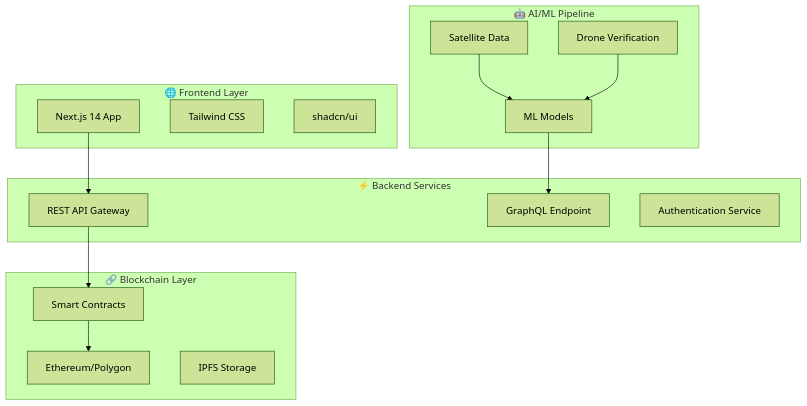
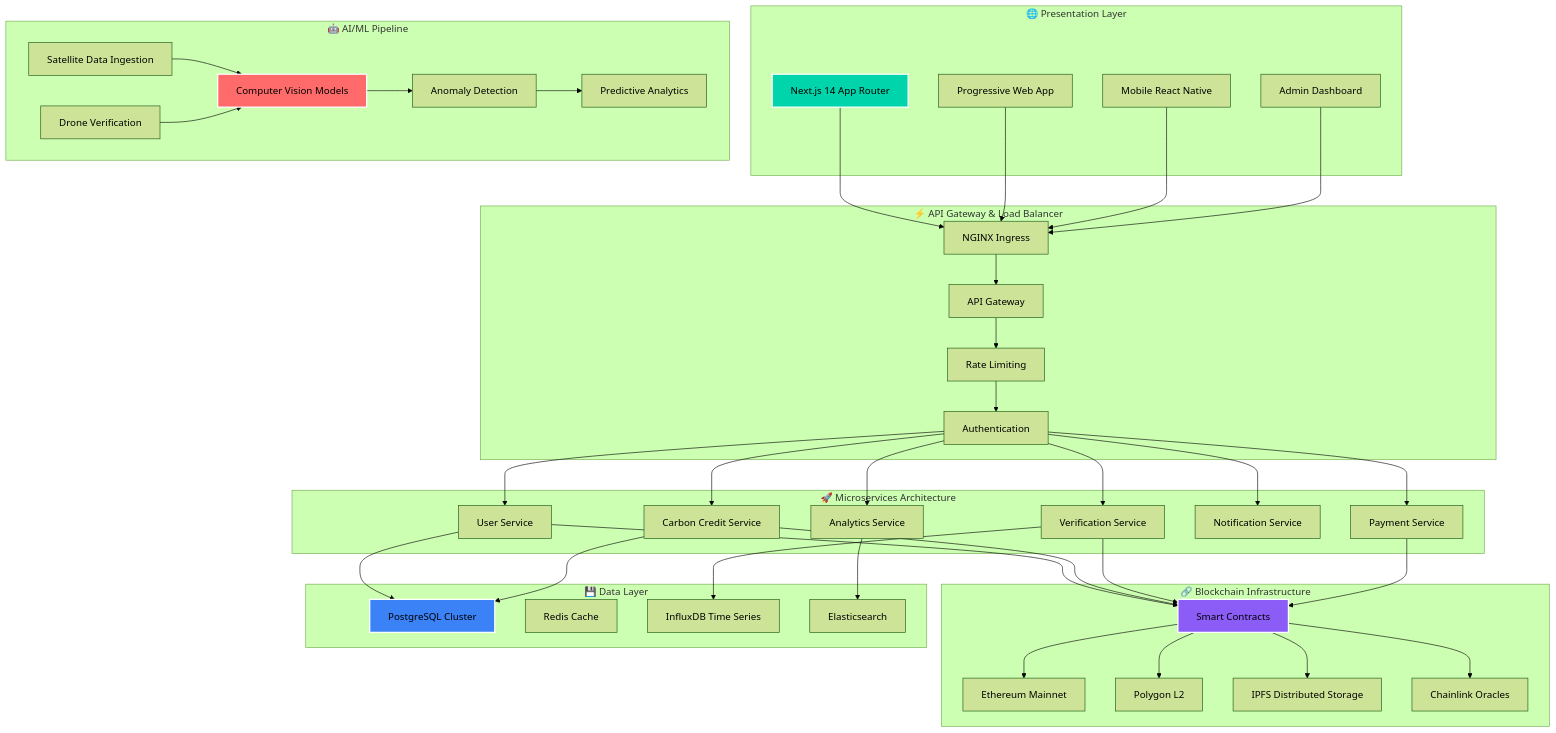
The diagram in README.md (Malaybhai11/SIH2025-CarbonX), drawn with Mermaid (forest theme) before and after one commit. The commit also changed other lines of this file, not shown here.

````diff
--- a/README.md
+++ b/README.md
@@ -66,33 +97,89 @@
 ```mermaid
 graph TB
-    subgraph "🌐 Frontend Layer"
-        A[Next.js 14 App]
-        B[Tailwind CSS]
-        C[shadcn/ui]
+    subgraph "🌐 Presentation Layer"
+        A[Next.js 14 App Router]
+        B[Progressive Web App]
+        C[Mobile React Native]
+        D[Admin Dashboard]
     end
     
-    subgraph "⚡ Backend Services"
-        D[REST API Gateway]
-        E[GraphQL Endpoint]
-        F[Authentication Service]
+    subgraph "⚡ API Gateway & Load Balancer"
+        E[NGINX Ingress]
+        F[API Gateway]
+        G[Rate Limiting]
+        H[Authentication]
     end
     
-    subgraph "🔗 Blockchain Layer"
-        G[Smart Contracts]
-        H[Ethereum/Polygon]
-        I[IPFS Storage]
+    subgraph "🚀 Microservices Architecture"
+        I[User Service]
+        J[Carbon Credit Service]
+        K[Verification Service]
+        L[Payment Service]
+        M[Notification Service]
+        N[Analytics Service]
+    end
+    
+    subgraph "🔗 Blockchain Infrastructure"
+        O[Smart Contracts]
+        P[Ethereum Mainnet]
+        Q[Polygon L2]
+        R[IPFS Distributed Storage]
+        S[Chainlink Oracles]
     end
     
     subgraph "🤖 AI/ML Pipeline"
-        J[Satellite Data]
-        K[Drone Verification]
-        L[ML Models]
+        T[Satellite Data Ingestion]
+        U[Drone Verification]
+        V[Computer Vision Models]
+        W[Anomaly Detection]
+        X[Predictive Analytics]
     end
     
-    A --> D
-    D --> G
+    subgraph "💾 Data Layer"
+        Y[PostgreSQL Cluster]
+        Z[Redis Cache]
+        AA[InfluxDB Time Series]
+        BB[Elasticsearch]
+    end
+    
+    A --> E
+    B --> E
+    C --> E
+    D --> E
+    
+    E --> F
+    F --> G
     G --> H
-    J --> L
-    K --> L
-    L --> E
+    
+    H --> I
+    H --> J
+    H --> K
+    H --> L
+    H --> M
+    H --> N
+    
+    I --> O
+    J --> O
+    K --> O
+    L --> O
+    
+    O --> P
+    O --> Q
+    O --> R
+    O --> S
+    
+    T --> V
+    U --> V
+    V --> W
+    W --> X
+    
+    I --> Y
+    J --> Y
+    K --> AA
+    N --> BB
+    
+    style A fill:#00D4AA,stroke:#ffffff,stroke-width:2px
+    style O fill:#8B5CF6,stroke:#ffffff,stroke-width:2px
+    style V fill:#FF6B6B,stroke:#ffffff,stroke-width:2px
+    style Y fill:#3B82F6,stroke:#ffffff,stroke-width:2px
 ```
````
